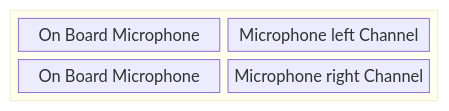
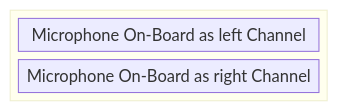
Before and after one commit to KROIA/Voicemail-Box: the first of 2 diagrams in Hardware/README.md, drawn with Mermaid. The commit also changed other lines of this file, not shown here.

````diff
--- a/Hardware/README.md
+++ b/Hardware/README.md
@@ -51,10 +53,8 @@
 ```mermaid
 block-beta
     block:group1:2
-        columns 2
-        a["On Board Microphone"]
-        b["Microphone left Channel"]
-        c["On Board Microphone"]
-        d["Microphone right Channel"]
+        columns 1
+        b["Microphone On-Board as left Channel"]
+        d["Microphone On-Board as right Channel"]
     end
 ```
````
